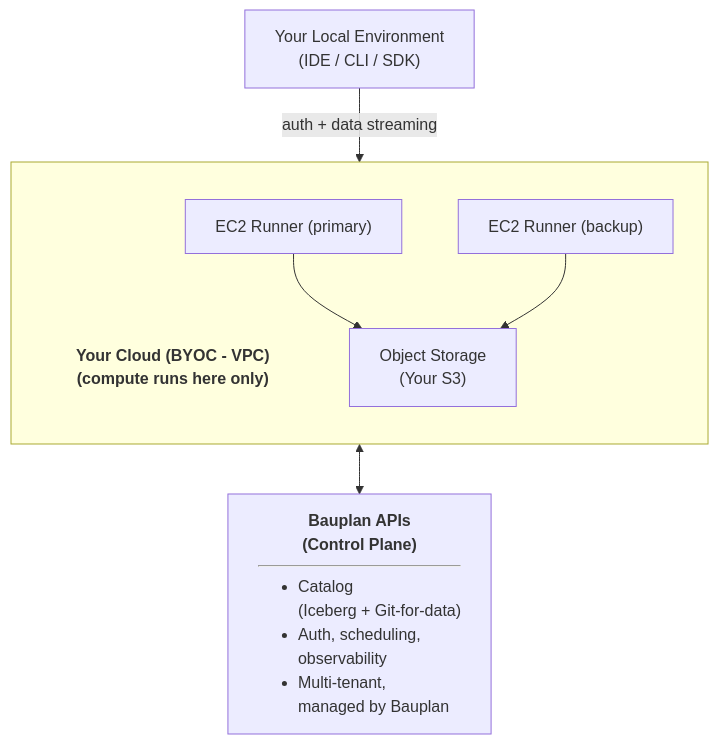
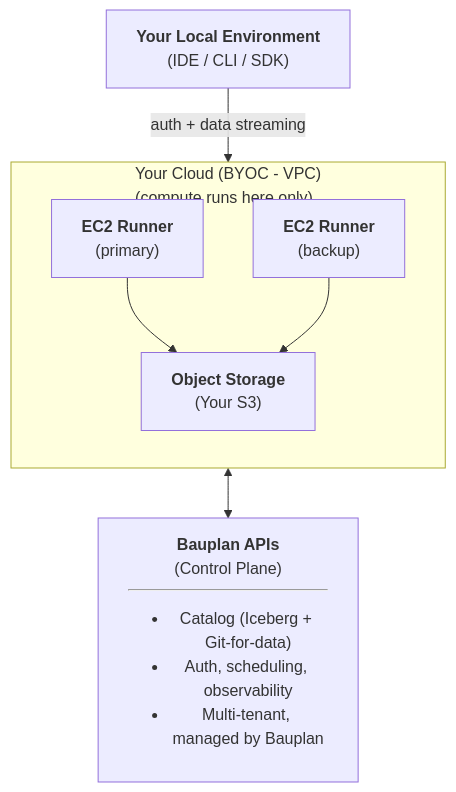
The second of 2 diagrams in docs/pages/overview/deployment.mdx (BauplanLabs/bauplan), drawn with Mermaid before and after one commit. The commit also changed other lines of this file and 12 other files, not shown here.

First line of the commit message:
docs: give Mermaid diagrams one shared style

````diff
--- a/docs/pages/overview/deployment.mdx
+++ b/docs/pages/overview/deployment.mdx
@@ -49,22 +39,19 @@
 ```mermaid
 flowchart TB
-    A["Your Local Environment<br/>(IDE / CLI / SDK)"]
+    A["<b>Your Local Environment</b><br/>(IDE / CLI / SDK)"]
 
     A -->|"auth + data streaming"| B
 
-    subgraph B[" "]
+    subgraph B["Your Cloud (BYOC - VPC)<br/>(compute runs here only)"]
         direction TB
-        BTitle["<b>Your Cloud (BYOC - VPC)<br/>(compute runs here only)</b>"]
-        C["EC2 Runner (primary)"]
-        D["EC2 Runner (backup)"]
-        E["Object Storage<br/>(Your S3)"]
+        C["<b>EC2 Runner</b><br/>(primary)"]
+        D["<b>EC2 Runner</b><br/>(backup)"]
+        E["<b>Object Storage</b><br/>(Your S3)"]:::external
         C --> E
         D --> E
     end
 
     B <--> F
 
-    F["<b>Bauplan APIs</br>(Control Plane)</b><hr class='mermaid' /><ul style='margin:0px; text-align:left;'><li style="white-space: nowrap;">Catalog</br>(Iceberg + Git-for-data)</li><li>Auth, scheduling, observability</li><li>Multi-tenant, managed by Bauplan</li></ul>"]
-
-    style BTitle fill:none,stroke:none
+    F["<b>Bauplan APIs</b><br/>(Control Plane)<hr/><ul><li>Catalog (Iceberg + Git-for-data)</li><li>Auth, scheduling, observability</li><li>Multi-tenant, managed by Bauplan</li></ul>"]:::accent
 ```
````
